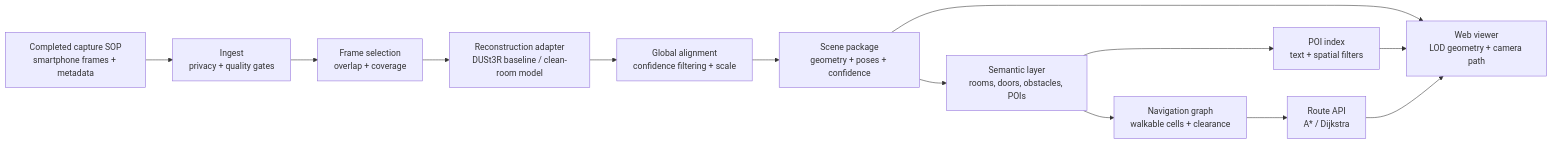
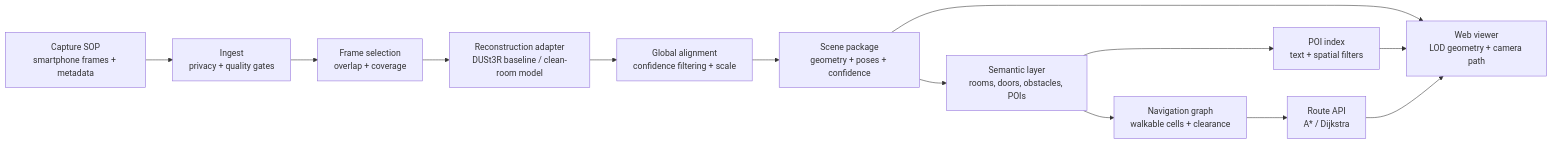
One commit to nightshade4235/makeify changed the diagram in README.md. Above: the diagram before and after it, drawn with Mermaid.

Commit message:
Update README.md
trying to fix mermaid

````diff
--- a/README.md
+++ b/README.md
@@ -68,15 +68,15 @@
 ```mermaid
 flowchart LR
-  A[Completed capture SOP\nsmartphone frames + metadata] --> B[Ingest\nprivacy + quality gates]
-  B --> C[Frame selection\noverlap + coverage]
-  C --> D[Reconstruction adapter\nDUSt3R baseline / clean-room model]
-  D --> E[Global alignment\nconfidence filtering + scale]
-  E --> F[Scene package\ngeometry + poses + confidence]
-  F --> G[Semantic layer\nrooms, doors, obstacles, POIs]
-  G --> H[Navigation graph\nwalkable cells + clearance]
-  F --> I[Web viewer\nLOD geometry + camera path]
-  G --> J[POI index\ntext + spatial filters]
-  H --> K[Route API\nA* / Dijkstra]
+  A[Capture SOP<br>smartphone frames + metadata] --> B[Ingest<br>privacy + quality gates]
+  B --> C[Frame selection<br>overlap + coverage]
+  C --> D[Reconstruction adapter<br>DUSt3R baseline / clean-room model]
+  D --> E[Global alignment<br>confidence filtering + scale]
+  E --> F[Scene package<br>geometry + poses + confidence]
+  F --> G[Semantic layer<br>rooms, doors, obstacles, POIs]
+  G --> H[Navigation graph<br>walkable cells + clearance]
+  F --> I[Web viewer<br>LOD geometry + camera path]
+  G --> J[POI index<br>text + spatial filters]
+  H --> K[Route API<br>A* / Dijkstra]
   J --> I
   K --> I
 ```
````
